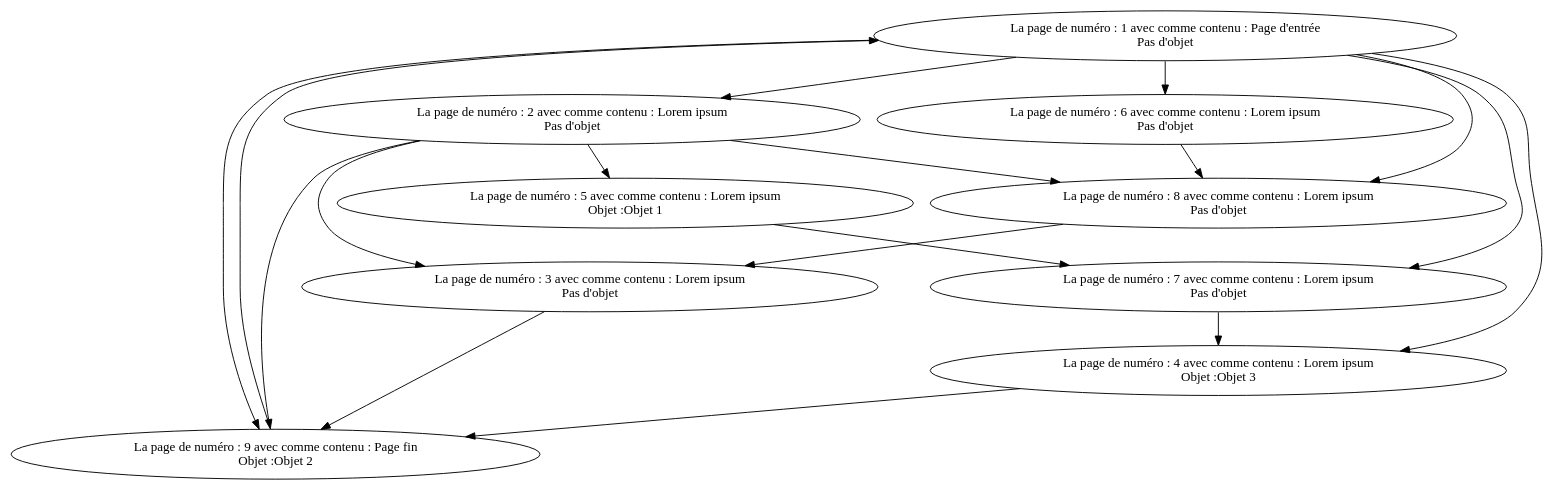
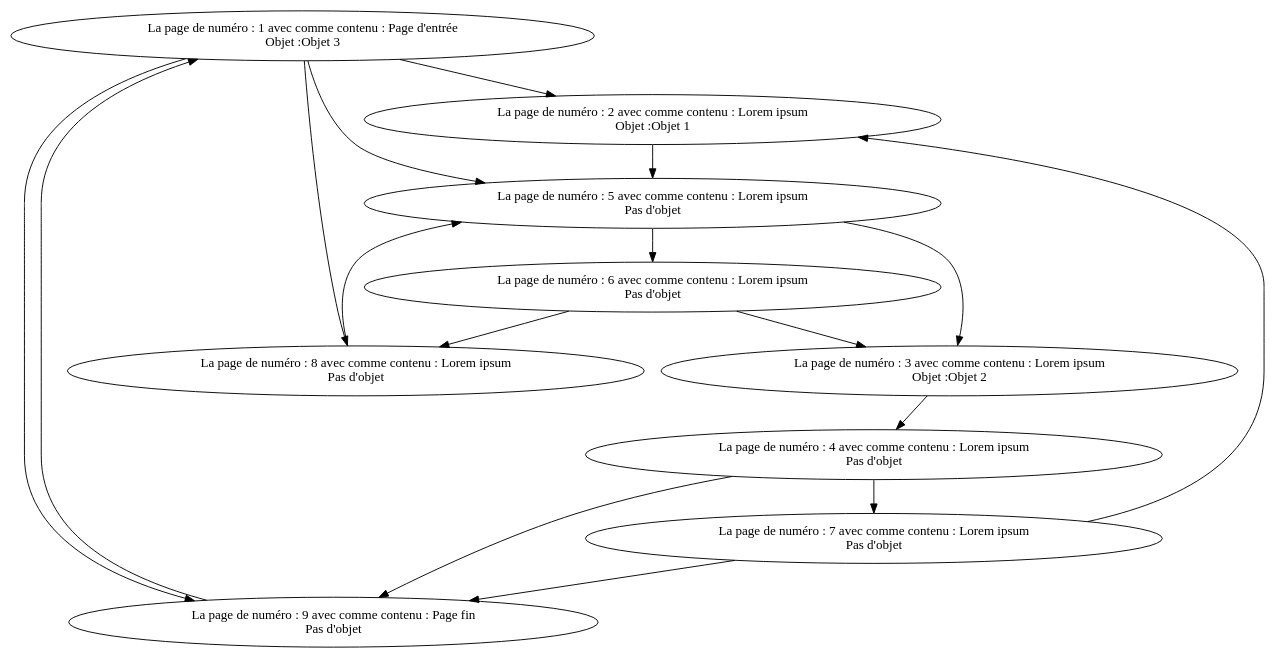
Before and after one commit to TomJacquemard/SAE-Graphe---Livre-jeu: the diagram in Livre_Jeu/graph2.dot, drawn with Graphviz. The commit also changed 14 other files, not shown here.

```diff
--- a/Livre_Jeu/graph2.dot
+++ b/Livre_Jeu/graph2.dot
@@ -1,37 +1,36 @@
 strict digraph G {
   1 [ label="La page de numéro : 1 avec comme contenu : Page d'entrée
+ Objet :Objet 3" ];
+  2 [ label="La page de numéro : 9 avec comme contenu : Page fin
  Pas d'objet" ];
-  2 [ label="La page de numéro : 9 avec comme contenu : Page fin
+  3 [ label="La page de numéro : 2 avec comme contenu : Lorem ipsum
+ Objet :Objet 1" ];
+  4 [ label="La page de numéro : 3 avec comme contenu : Lorem ipsum
  Objet :Objet 2" ];
-  3 [ label="La page de numéro : 2 avec comme contenu : Lorem ipsum
+  5 [ label="La page de numéro : 4 avec comme contenu : Lorem ipsum
  Pas d'objet" ];
-  4 [ label="La page de numéro : 3 avec comme contenu : Lorem ipsum
+  6 [ label="La page de numéro : 5 avec comme contenu : Lorem ipsum
  Pas d'objet" ];
-  5 [ label="La page de numéro : 4 avec comme contenu : Lorem ipsum
- Objet :Objet 3" ];
-  6 [ label="La page de numéro : 5 avec comme contenu : Lorem ipsum
- Objet :Objet 1" ];
   7 [ label="La page de numéro : 6 avec comme contenu : Lorem ipsum
  Pas d'objet" ];
   8 [ label="La page de numéro : 7 avec comme contenu : Lorem ipsum
  Pas d'objet" ];
   9 [ label="La page de numéro : 8 avec comme contenu : Lorem ipsum
  Pas d'objet" ];
-  1 -> 7;
+  1 -> 6;
   1 -> 3;
   1 -> 2;
-  1 -> 5;
-  1 -> 8;
   1 -> 9;
   2 -> 1;
-  3 -> 4;
-  3 -> 9;
   3 -> 6;
-  3 -> 2;
-  4 -> 2;
+  4 -> 5;
   5 -> 2;
-  6 -> 8;
+  5 -> 8;
+  6 -> 4;
+  6 -> 7;
+  7 -> 4;
   7 -> 9;
-  8 -> 5;
-  9 -> 4;
+  8 -> 2;
+  8 -> 3;
+  9 -> 6;
 }
```
